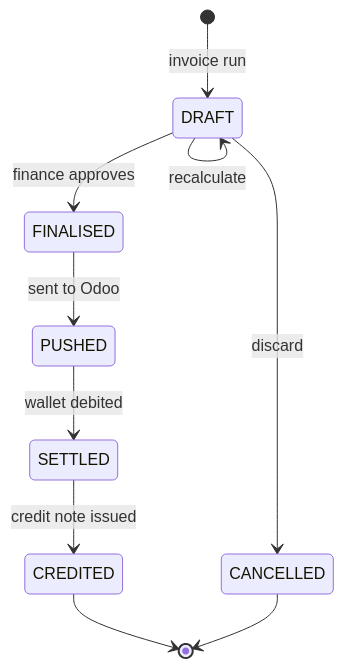
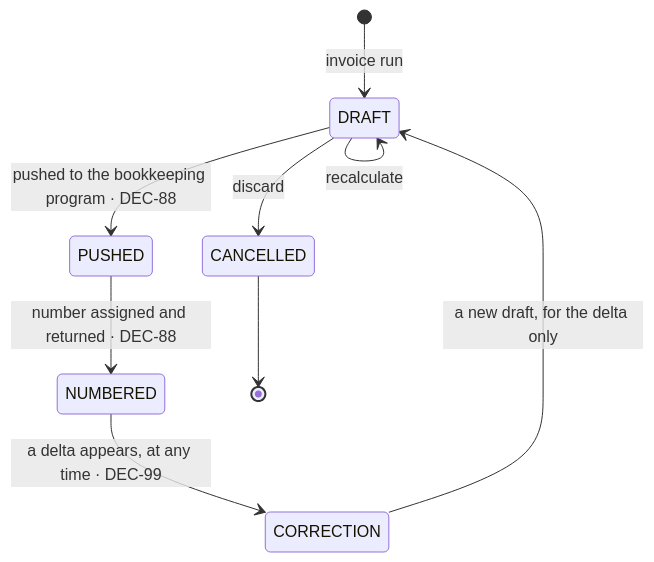
One commit to lukastosic-ifd/peakpowerspecs changed the second of 2 diagrams in specs/50-calculations/03-invoice-calculation.md. Above: the diagram before and after it, drawn with Mermaid. The commit also changed other lines of this file and 66 other files, not shown here.

````diff
--- a/specs/50-calculations/03-invoice-calculation.md
+++ b/specs/50-calculations/03-invoice-calculation.md
@@ -625,12 +1155,11 @@
 ```mermaid
 stateDiagram-v2
     [*] --> DRAFT: invoice run
     DRAFT --> DRAFT: recalculate
     DRAFT --> CANCELLED: discard
-    DRAFT --> FINALISED: finance approves
-    FINALISED --> PUSHED: sent to Odoo
-    PUSHED --> SETTLED: wallet debited
-    SETTLED --> CREDITED: credit note issued
-    CREDITED --> [*]
+    DRAFT --> PUSHED: pushed to the bookkeeping program · DEC-88
+    PUSHED --> NUMBERED: number assigned and returned · DEC-88
+    NUMBERED --> CORRECTION: a delta appears, at any time · DEC-99
+    CORRECTION --> DRAFT: a new draft, for the delta only
     CANCELLED --> [*]
 ```
````
